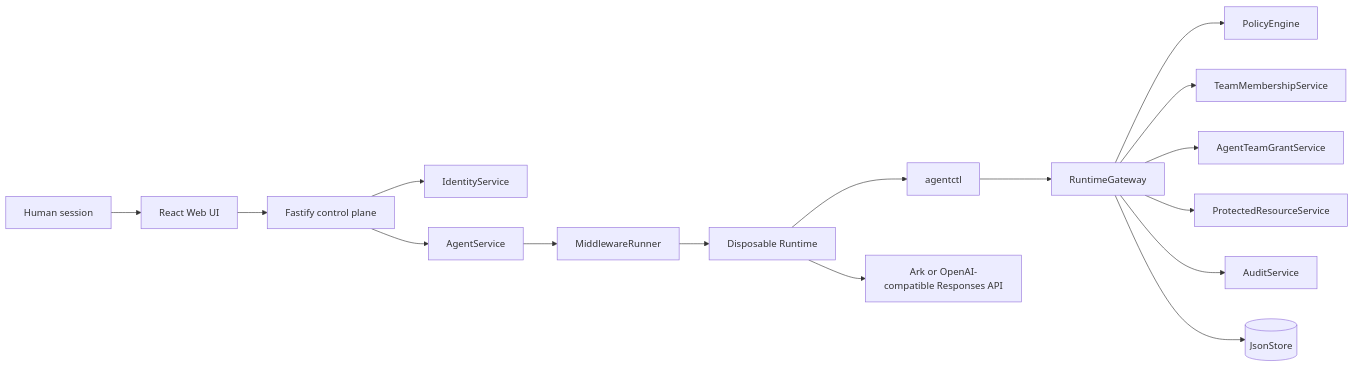
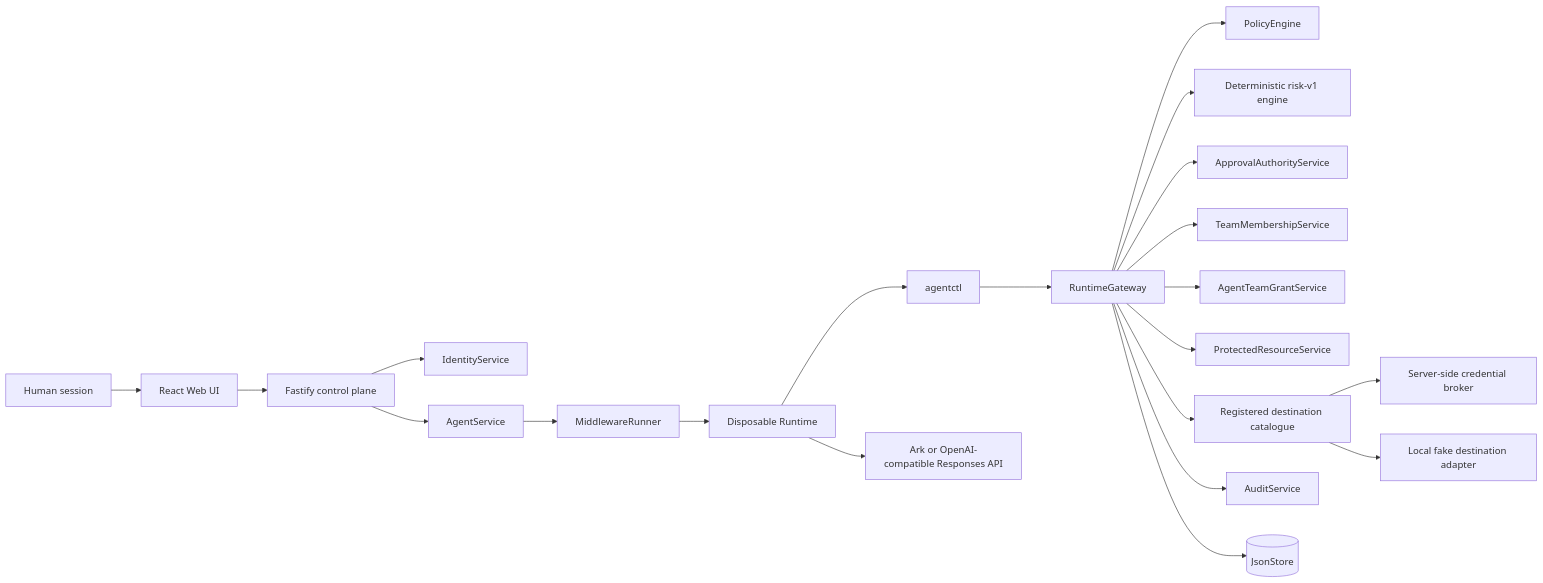
The diagram in docs/agentgate/architecture.md (CloudKai/NawGate), drawn with Mermaid before and after one commit. The commit also changed other lines of this file and 39 other files, not shown here.

````diff
--- a/docs/agentgate/architecture.md
+++ b/docs/agentgate/architecture.md
@@ -10,18 +10,23 @@
 ```mermaid
 flowchart LR
   Human[Human session] --> UI[React Web UI]
   UI --> API[Fastify control plane]
   API --> Identity[IdentityService]
   API --> Agents[AgentService]
   Agents --> Runner[MiddlewareRunner]
   Runner --> Runtime[Disposable Runtime]
   Runtime --> CLI[agentctl]
   CLI --> Gateway[RuntimeGateway]
   Gateway --> Policy[PolicyEngine]
+  Gateway --> Risk[Deterministic risk-v1 engine]
+  Gateway --> Authorities[ApprovalAuthorityService]
   Gateway --> Memberships[TeamMembershipService]
   Gateway --> Grants[AgentTeamGrantService]
   Gateway --> Resources[ProtectedResourceService]
+  Gateway --> Destinations[Registered destination catalogue]
+  Destinations --> Broker[Server-side credential broker]
+  Destinations --> Adapter[Local fake destination adapter]
   Gateway --> Audit[AuditService]
   Gateway --> Store[(JsonStore)]
   Runtime --> Provider[Ark or OpenAI-compatible Responses API]
 ```
````
